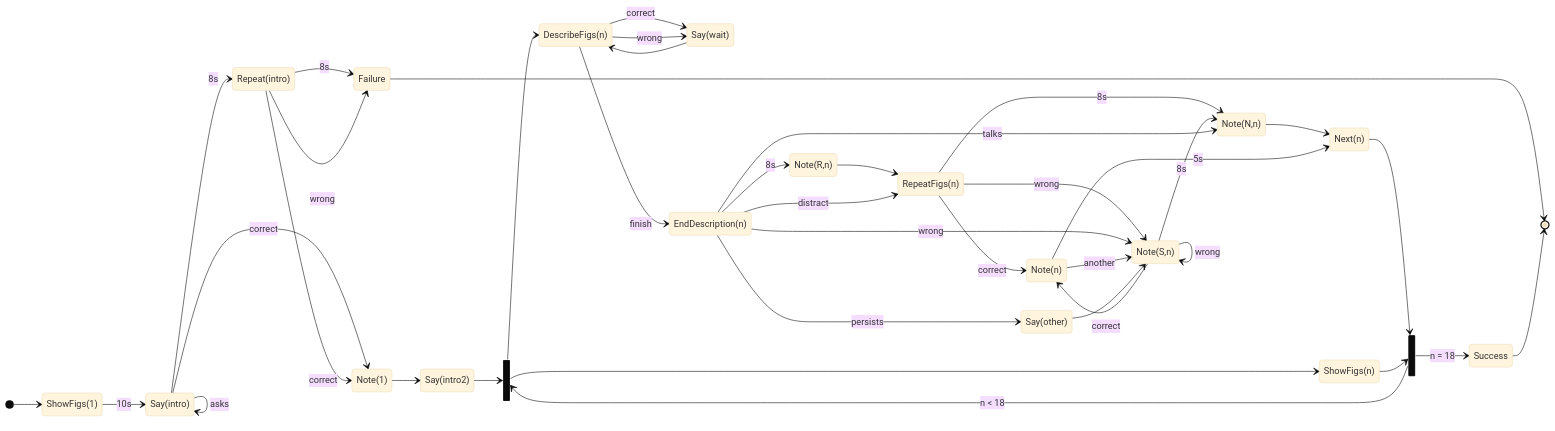
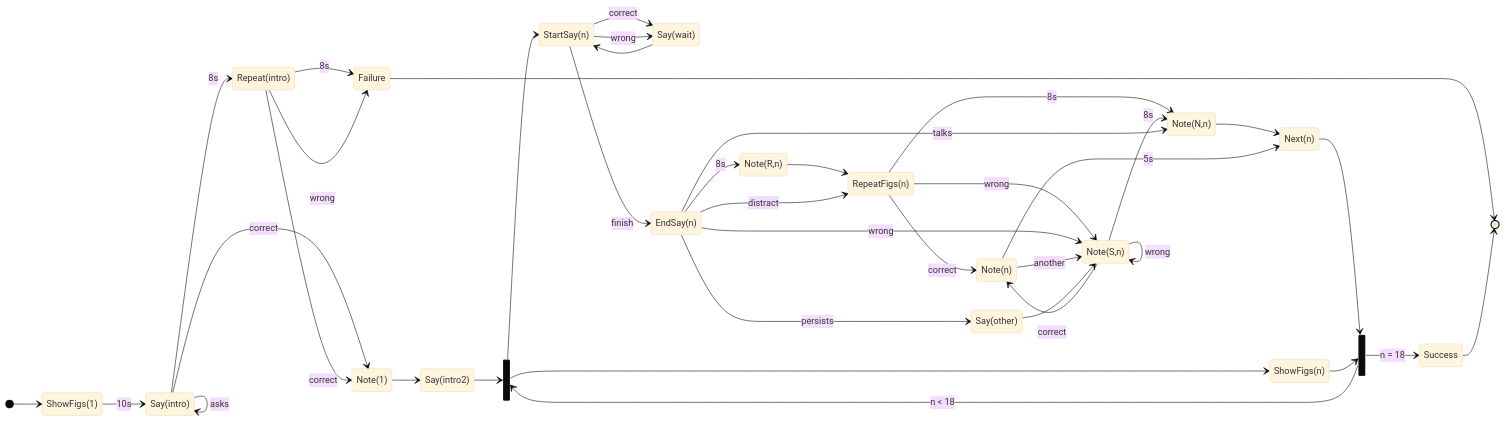
One commit to pstlab/RESTART changed the first of 11 diagrams in rules/README.md. Above: the diagram before and after it, drawn with Mermaid (base theme).

````diff
--- a/rules/README.md
+++ b/rules/README.md
@@ -3,44 +3,44 @@
 ```mermaid
 stateDiagram-v2
     direction LR
     [*] --> ShowFigs(1)
     ShowFigs(1) --> Say(intro): 10s
     Say(intro) --> Note(1): correct
     Say(intro) --> Repeat(intro): 8s
     Say(intro) --> Say(intro): asks
     Repeat(intro) --> Failure: 8s
     Failure --> [*]
     Repeat(intro) --> Note(1): correct
     Repeat(intro) --> Failure: wrong
     Note(1) --> Say(intro2)
     state fork_state <<fork>>
     Say(intro2) --> fork_state
     fork_state --> ShowFigs(n)
-    fork_state --> DescribeFigs(n)
-    DescribeFigs(n) --> Say(wait): correct
-    DescribeFigs(n) --> Say(wait): wrong
-    Say(wait) --> DescribeFigs(n)
-    DescribeFigs(n) --> EndDescription(n): finish
-    EndDescription(n) --> Note(R,n): 8s
+    fork_state --> StartSay(n)
+    StartSay(n) --> Say(wait): correct
+    StartSay(n) --> Say(wait): wrong
+    Say(wait) --> StartSay(n)
+    StartSay(n) --> EndSay(n): finish
+    EndSay(n) --> Note(R,n): 8s
     Note(R,n) --> RepeatFigs(n)
     RepeatFigs(n) --> Note(N,n): 8s
     RepeatFigs(n) --> Note(n): correct
     RepeatFigs(n) --> Note(S,n): wrong
     Note(N,n) --> Next(n)
     state join_state <<join>>
     Next(n) --> join_state
     ShowFigs(n) --> join_state
     join_state --> fork_state: n < 18
     join_state --> Success: n = 18
     Success --> [*]
-    EndDescription(n) --> Note(S,n): wrong
+    EndSay(n) --> Note(S,n): wrong
     Note(S,n) --> Note(N,n): 8s
     Note(S,n) --> Note(S,n): wrong
     Note(S,n) --> Note(n): correct
     Note(n) --> Next(n): 5s
     Note(n) --> Note(S,n): another
-    EndDescription(n) --> Note(N,n): talks
-    EndDescription(n) --> Say(other): persists
+    EndSay(n) --> Note(N,n): talks
+    EndSay(n) --> Say(other): persists
     Say(other) --> Note(S,n)
-    EndDescription(n) --> RepeatFigs(n): distract
+    EndSay(n) --> RepeatFigs(n): distract
 ```
````
